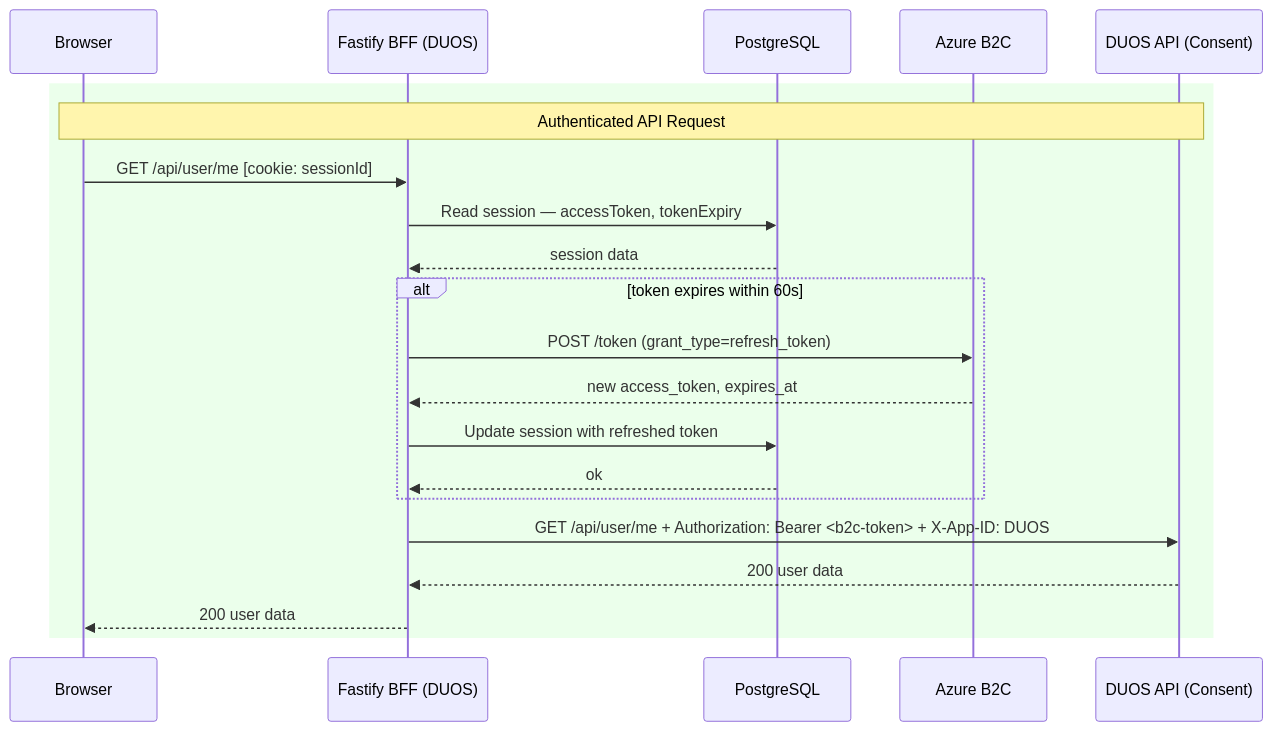
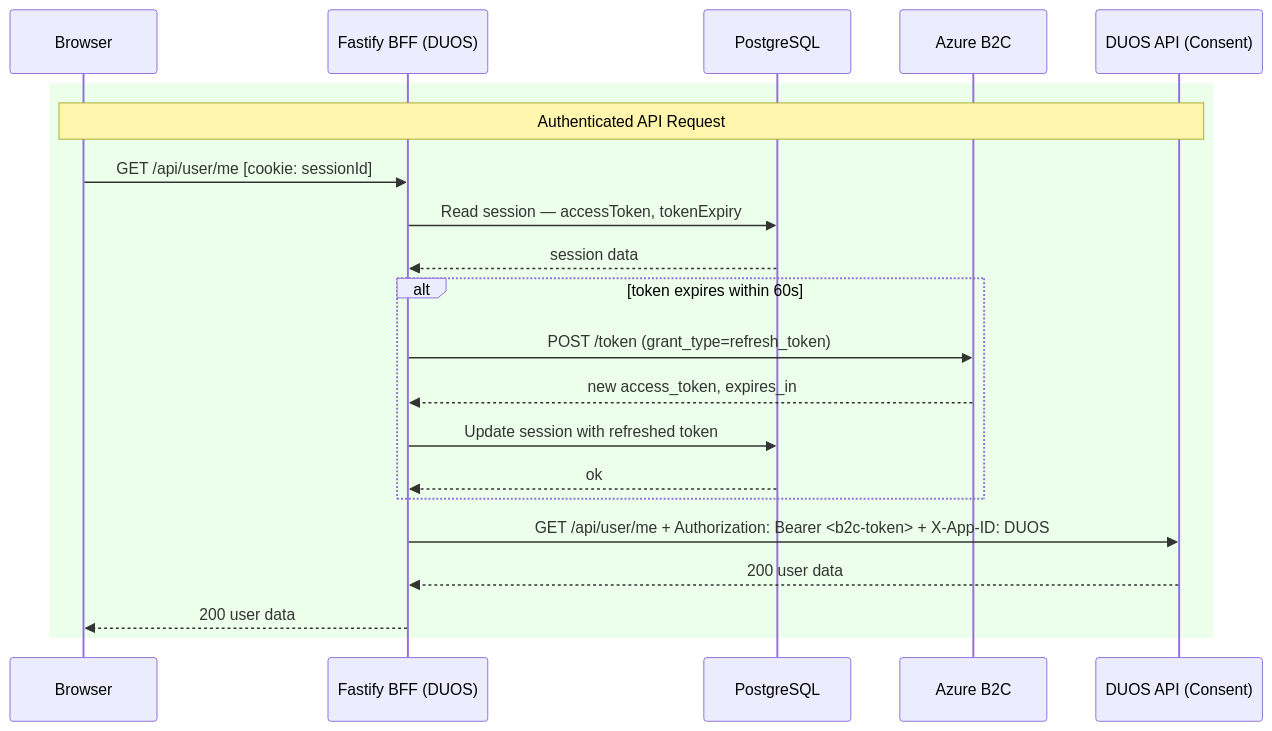
One commit to DataBiosphere/duos-ui changed the second of 3 diagrams in docs/plans/BFF_Overview.md. Above: the diagram before and after it, drawn with Mermaid. The commit also changed other lines of this file, not shown here.

````diff
--- a/docs/plans/BFF_Overview.md
+++ b/docs/plans/BFF_Overview.md
@@ -166,27 +166,27 @@
 ```mermaid
 sequenceDiagram
     participant B   as Browser
     participant BFF as Fastify BFF (DUOS)
     participant PG  as PostgreSQL
     participant B2C as Azure B2C
     participant API as DUOS API (Consent)
 
     rect rgb(235, 255, 235)
         Note over B,API: Authenticated API Request
 
         B->>BFF: GET /api/user/me [cookie: sessionId]
         BFF->>PG: Read session — accessToken, tokenExpiry
         PG-->>BFF: session data
 
         alt token expires within 60s
             BFF->>B2C: POST /token (grant_type=refresh_token)
-            B2C-->>BFF: new access_token, expires_at
+            B2C-->>BFF: new access_token, expires_in
             BFF->>PG: Update session with refreshed token
             PG-->>BFF: ok
         end
 
         BFF->>API: GET /api/user/me + Authorization: Bearer <b2c-token> + X-App-ID: DUOS
         API-->>BFF: 200 user data
         BFF-->>B: 200 user data
     end
 ```
````
